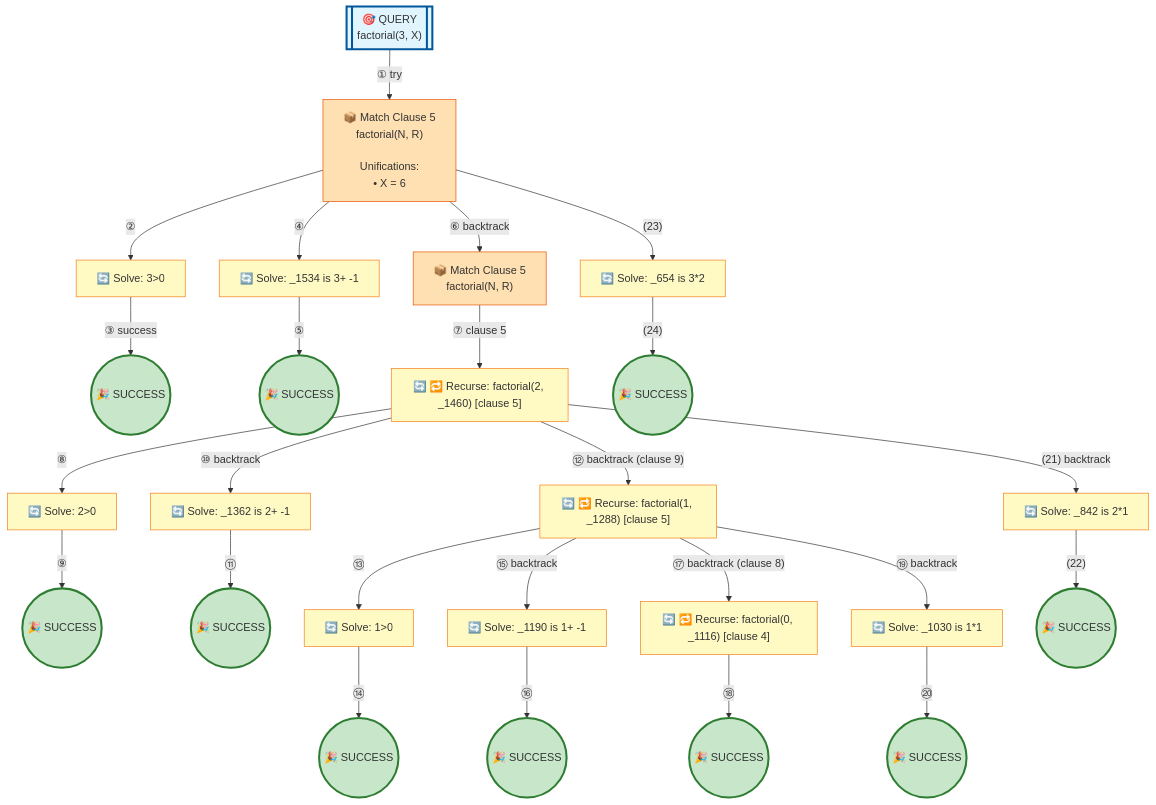
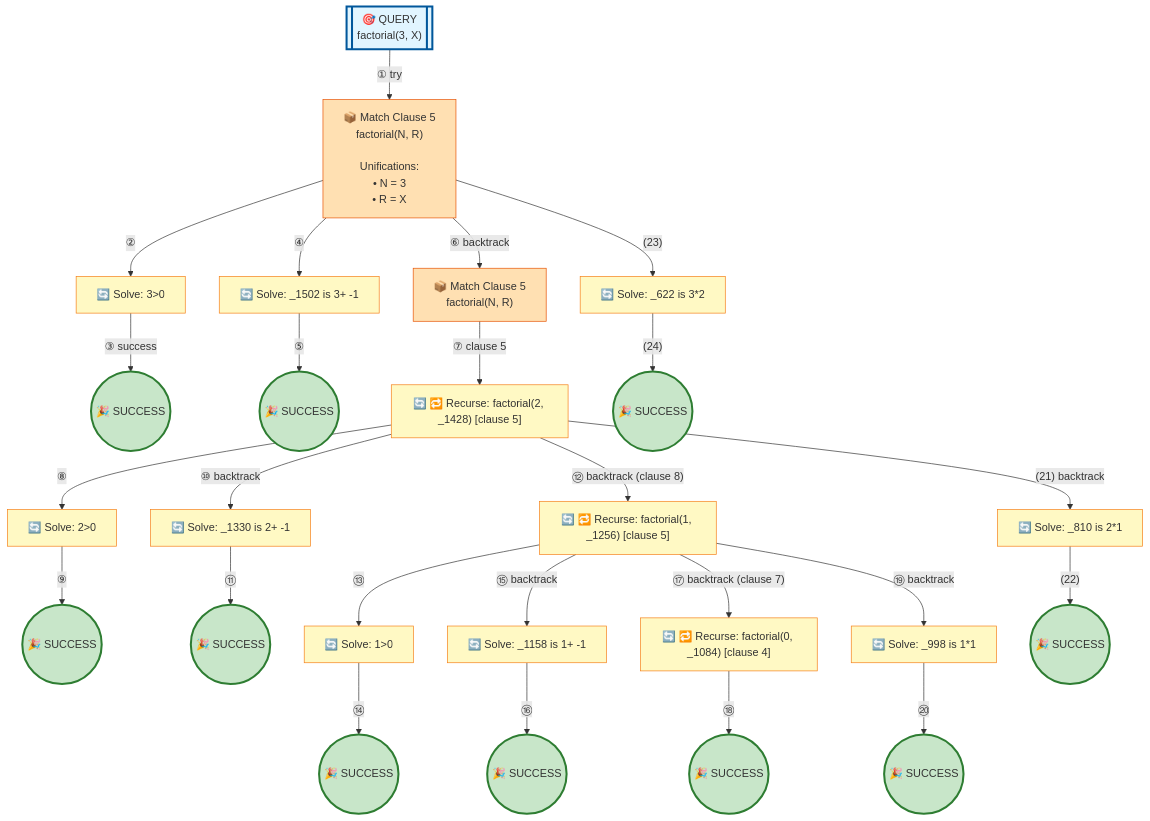
Before and after one commit to jarecsni/prolog-trace-viz: the diagram in examples/factorial-detailed.md, drawn with Mermaid. The commit also changed other lines of this file and 17 other files, not shown here.

```diff
--- a/examples/factorial-detailed.md
+++ b/examples/factorial-detailed.md
@@ -20,29 +20,29 @@
 
 %% Nodes
 A[["🎯 QUERY<br/>factorial(3, X)"]]
-B["📦 Match Clause 5<br/>factorial(N, R)<br/><br/>Unifications:<br/>• X = 6"]
+B["📦 Match Clause 5<br/>factorial(N, R)<br/><br/>Unifications:<br/>• N = 3<br/>• R = X"]
 C["🔄 Solve: 3>0"]
 D(("🎉 SUCCESS"))
-E["🔄 Solve: _1534 is 3+ -1"]
+E["🔄 Solve: _1502 is 3+ -1"]
 F(("🎉 SUCCESS"))
 G["📦 Match Clause 5<br/>factorial(N, R)"]
-H["🔄 🔁 Recurse: factorial(2, _1460) [clause 5]"]
+H["🔄 🔁 Recurse: factorial(2, _1428) [clause 5]"]
 I["🔄 Solve: 2>0"]
 J(("🎉 SUCCESS"))
-K["🔄 Solve: _1362 is 2+ -1"]
+K["🔄 Solve: _1330 is 2+ -1"]
 L(("🎉 SUCCESS"))
-M["🔄 🔁 Recurse: factorial(1, _1288) [clause 5]"]
+M["🔄 🔁 Recurse: factorial(1, _1256) [clause 5]"]
 N["🔄 Solve: 1>0"]
 O(("🎉 SUCCESS"))
-P["🔄 Solve: _1190 is 1+ -1"]
+P["🔄 Solve: _1158 is 1+ -1"]
 Q(("🎉 SUCCESS"))
-R["🔄 🔁 Recurse: factorial(0, _1116) [clause 4]"]
+R["🔄 🔁 Recurse: factorial(0, _1084) [clause 4]"]
 S(("🎉 SUCCESS"))
-T["🔄 Solve: _1030 is 1*1"]
+T["🔄 Solve: _998 is 1*1"]
 U(("🎉 SUCCESS"))
-V["🔄 Solve: _842 is 2*1"]
+V["🔄 Solve: _810 is 2*1"]
 W(("🎉 SUCCESS"))
-X["🔄 Solve: _654 is 3*2"]
+X["🔄 Solve: _622 is 3*2"]
 Y(("🎉 SUCCESS"))
 
 %% Edges
@@ -57,12 +57,12 @@
 I -->|"⑨"| J
 H -->|"⑩ backtrack"| K
 K -->|"⑪"| L
-H -->|"⑫ backtrack (clause 9)"| M
+H -->|"⑫ backtrack (clause 8)"| M
 M -->|"⑬"| N
 N -->|"⑭"| O
 M -->|"⑮ backtrack"| P
 P -->|"⑯"| Q
-M -->|"⑰ backtrack (clause 8)"| R
+M -->|"⑰ backtrack (clause 7)"| R
 R -->|"⑱"| S
 M -->|"⑲ backtrack"| T
 T -->|"⑳"| U
```
